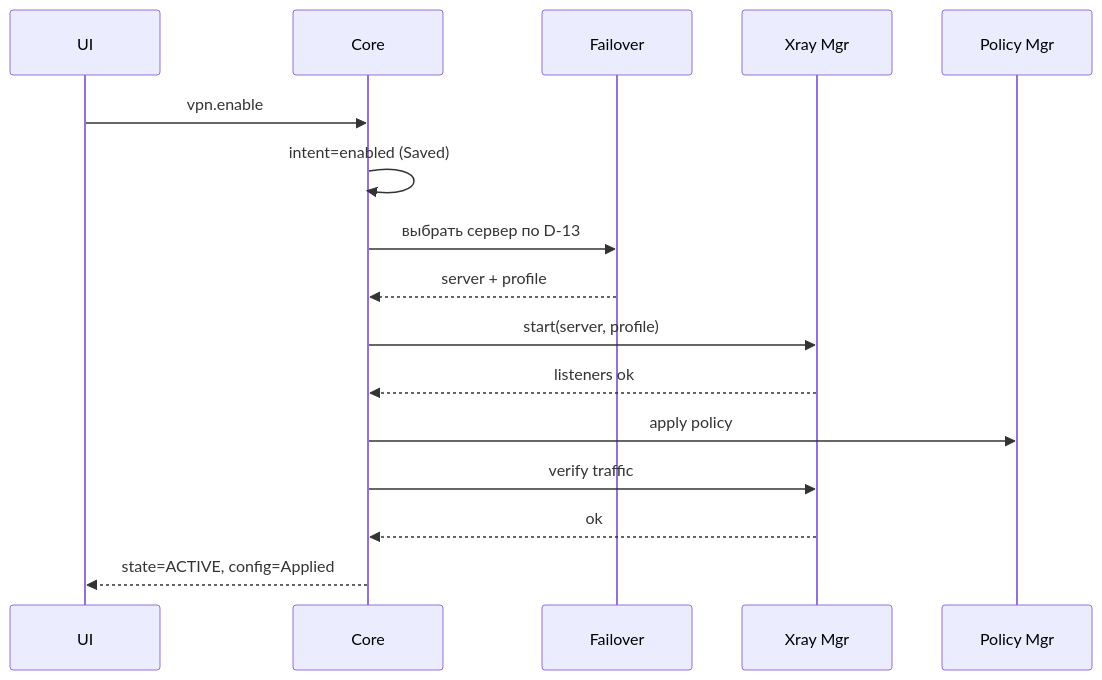
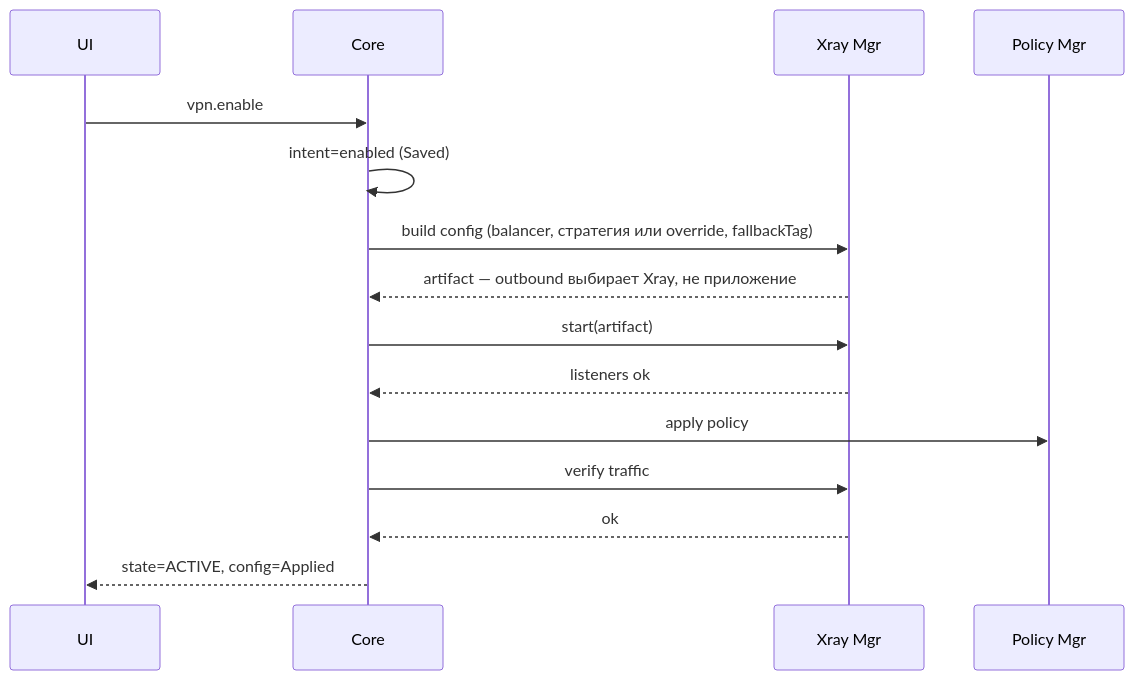
Before and after one commit to vvidomina/vpn-manager-openwrt: the fourth of 9 diagrams in analysis/10-stage2-architecture.md, drawn with Mermaid. The commit also changed other lines of this file and 9 other files, not shown here.

````diff
--- a/analysis/10-stage2-architecture.md
+++ b/analysis/10-stage2-architecture.md
@@ -317,18 +308,17 @@
 ```mermaid
 sequenceDiagram
     participant U as UI
     participant C as Core
-    participant FO as Failover
     participant XM as Xray Mgr
     participant PM as Policy Mgr
     U->>C: vpn.enable
     C->>C: intent=enabled (Saved)
-    C->>FO: выбрать сервер по D-13
-    FO-->>C: server + profile
-    C->>XM: start(server, profile)
+    C->>XM: build config (balancer, стратегия или override, fallbackTag)
+    XM-->>C: artifact — outbound выбирает Xray, не приложение
+    C->>XM: start(artifact)
     XM-->>C: listeners ok
     C->>PM: apply policy
     C->>XM: verify traffic
     XM-->>C: ok
     C-->>U: state=ACTIVE, config=Applied
 ```
````
